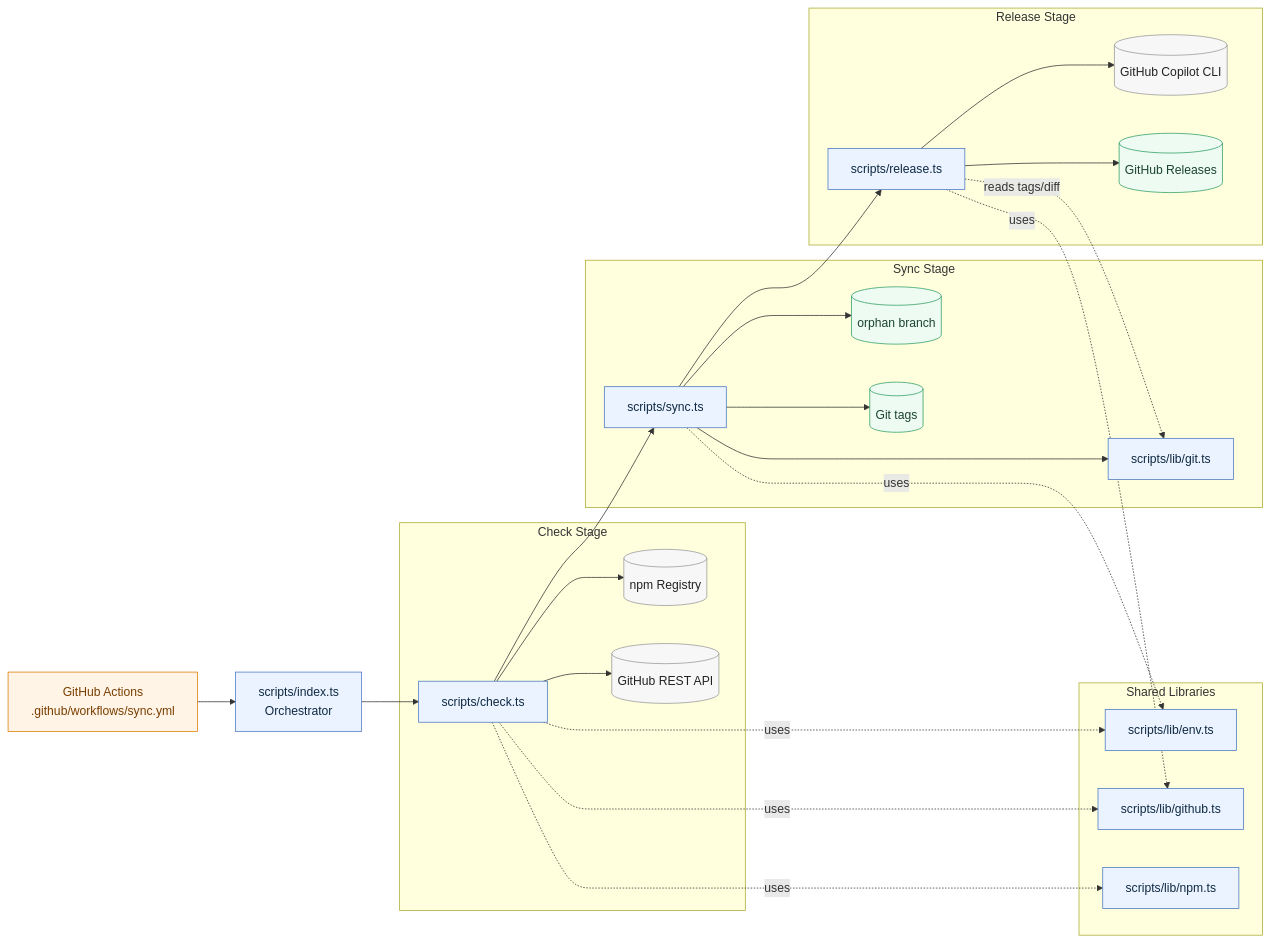
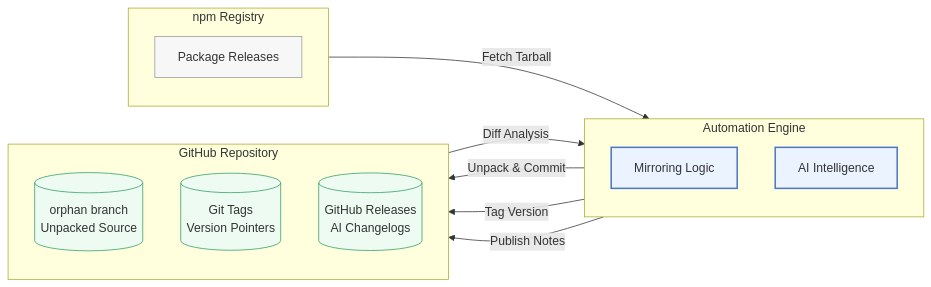
One commit to laojianzi/openclaw-weixin-mirror changed the diagram in README.md. Above: the diagram before and after it, drawn with Mermaid.

Commit message:
docs: abstract architecture diagram for users

````diff
--- a/README.md
+++ b/README.md
@@ -14,52 +14,30 @@
 ```mermaid
 flowchart LR
-  classDef ext fill:#f7f7f7,stroke:#999,stroke-width:1px,color:#222;
-  classDef core fill:#eaf3ff,stroke:#4a78c2,stroke-width:1px,color:#102a43;
-  classDef data fill:#eefbf3,stroke:#2f9e64,stroke-width:1px,color:#1b4332;
-  classDef ci fill:#fff4e6,stroke:#e07a00,stroke-width:1px,color:#7a3e00;
+  classDef source fill:#f7f7f7,stroke:#999,stroke-width:1px;
+  classDef engine fill:#eaf3ff,stroke:#4a78c2,stroke-width:2px;
+  classDef target fill:#eefbf3,stroke:#2f9e64,stroke-width:1px;
 
-  GH[GitHub Actions<br/>.github/workflows/sync.yml]:::ci --> IDX[scripts/index.ts<br/>Orchestrator]:::core
-
-  subgraph Stage1[Check Stage]
-    CHK[scripts/check.ts]:::core
-    NPM[(npm Registry)]:::ext
-    API[(GitHub REST API)]:::ext
+  subgraph npm[npm Registry]
+    direction TB
+    P1[Package Releases]:::source
   end
 
-  subgraph Stage2[Sync Stage]
-    SYN[scripts/sync.ts]:::core
-    GIT[scripts/lib/git.ts]:::core
-    ORPHAN[(orphan branch)]:::data
-    TAGS[(Git tags)]:::data
+  subgraph Engine[Automation Engine]
+    direction TB
+    S1[Mirroring Logic]:::engine
+    S2[AI Intelligence]:::engine
   end
 
-  subgraph Stage3[Release Stage]
-    REL[scripts/release.ts]:::core
-    COPILOT[(GitHub Copilot CLI)]:::ext
-    RELEASES[(GitHub Releases)]:::data
+  subgraph GH[GitHub Repository]
+    direction TB
+    A1[(orphan branch<br/>Unpacked Source)]:::target
+    A2[(Git Tags<br/>Version Pointers)]:::target
+    A3[(GitHub Releases<br/>AI Changelogs)]:::target
   end
 
-  subgraph SharedLibs[Shared Libraries]
-    ENV[scripts/lib/env.ts]:::core
-    GH_LIB[scripts/lib/github.ts]:::core
-    NPM_LIB[scripts/lib/npm.ts]:::core
-  end
-
-  IDX --> CHK --> SYN --> REL
-
-  CHK --> NPM
-  CHK --> API
-  CHK -.uses.-> ENV
-  CHK -.uses.-> GH_LIB
-  CHK -.uses.-> NPM_LIB
-
-  SYN --> GIT
-  SYN --> ORPHAN
-  SYN --> TAGS
-  SYN -.uses.-> ENV
-
-  REL --> COPILOT
-  REL --> RELEASES
-  REL -.uses.-> GH_LIB
-  REL -.reads tags/diff.-> GIT
+  P1 -->|Fetch Tarball| S1
+  S1 -->|Unpack & Commit| A1
+  S1 -->|Tag Version| A2
+  A2 -->|Diff Analysis| S2
+  S2 -->|Publish Notes| A3
 ```
````
